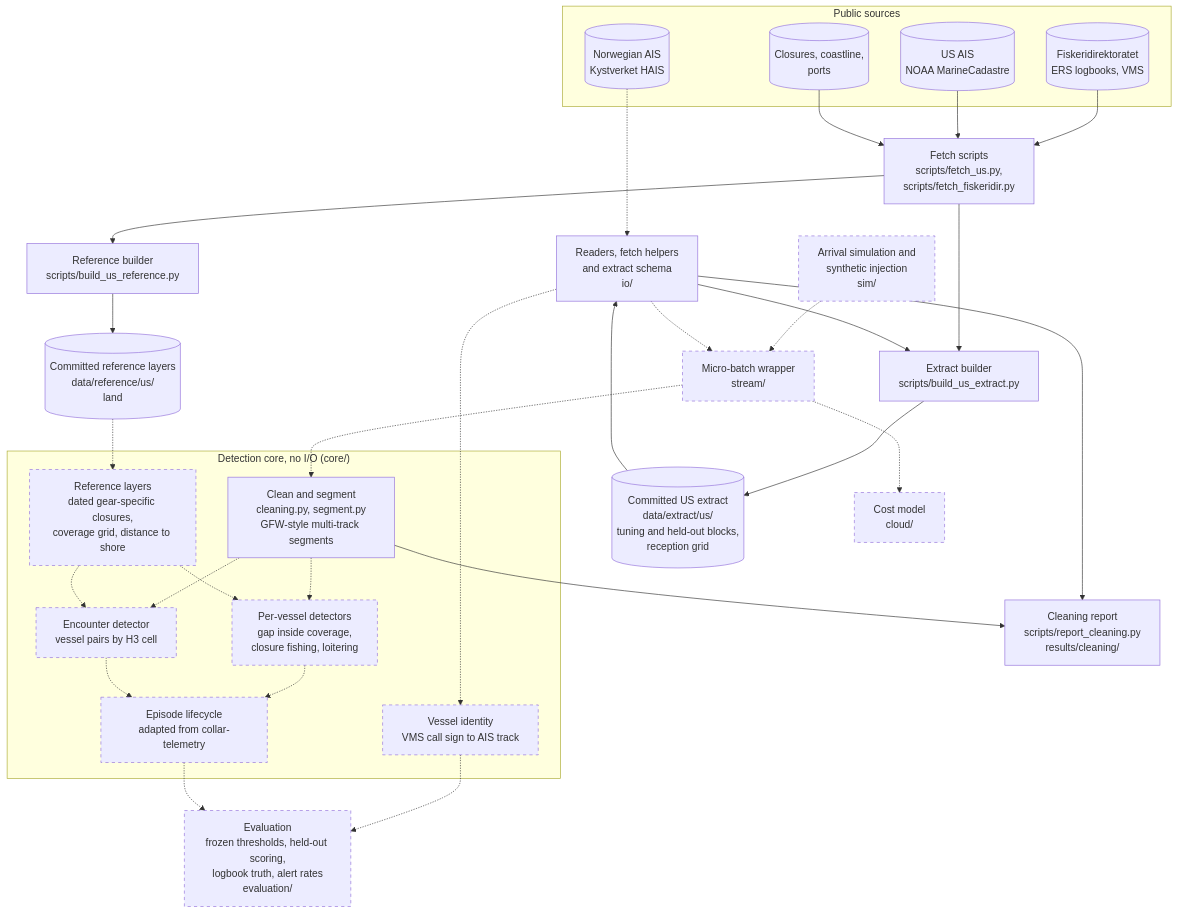
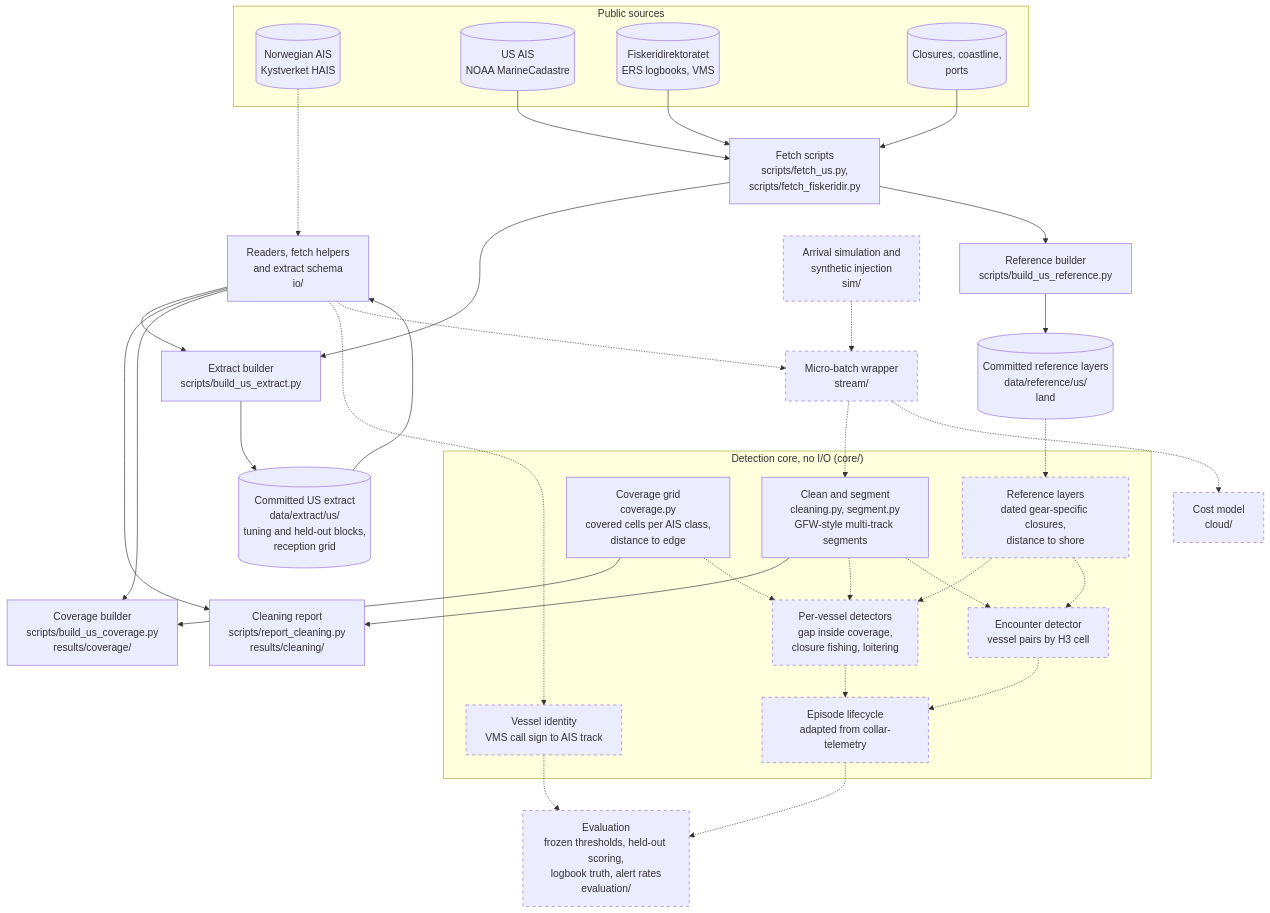
One commit to benmacp123/vessel-anomaly changed the diagram in README.md. Above: the diagram before and after it, drawn with Mermaid. The commit also changed other lines of this file and 70 other files, not shown here.

````diff
--- a/README.md
+++ b/README.md
@@ -31,61 +31,66 @@
 ```mermaid
 flowchart TB
     subgraph sources ["Public sources"]
         hais[("Norwegian AIS<br>Kystverket HAIS")]
         noaa[("US AIS<br>NOAA MarineCadastre")]
         fdir[("Fiskeridirektoratet<br>ERS logbooks, VMS")]
         refs[("Closures, coastline,<br>ports")]
     end
 
     fetch["Fetch scripts<br>scripts/fetch_us.py,<br>scripts/fetch_fiskeridir.py"]
     build["Extract builder<br>scripts/build_us_extract.py"]
     extract[("Committed US extract<br>data/extract/us/<br>tuning and held-out blocks,<br>reception grid")]
     io["Readers, fetch helpers<br>and extract schema<br>io/"]
     refbuild["Reference builder<br>scripts/build_us_reference.py"]
     refdata[("Committed reference layers<br>data/reference/us/<br>land")]
     report["Cleaning report<br>scripts/report_cleaning.py<br>results/cleaning/"]
+    covbuild["Coverage builder<br>scripts/build_us_coverage.py<br>results/coverage/"]
 
     subgraph core ["Detection core, no I/O (core/)"]
         clean["Clean and segment<br>cleaning.py, segment.py<br>GFW-style multi-track segments"]
-        layers["Reference layers<br>dated gear-specific closures,<br>coverage grid, distance to shore"]
+        coverage["Coverage grid<br>coverage.py<br>covered cells per AIS class,<br>distance to edge"]
+        layers["Reference layers<br>dated gear-specific closures,<br>distance to shore"]
         identity["Vessel identity<br>VMS call sign to AIS track"]
         vessel["Per-vessel detectors<br>gap inside coverage,<br>closure fishing, loitering"]
         encounter["Encounter detector<br>vessel pairs by H3 cell"]
         lifecycle["Episode lifecycle<br>adapted from collar-telemetry"]
     end
 
     sim["Arrival simulation and<br>synthetic injection<br>sim/"]
     stream["Micro-batch wrapper<br>stream/"]
     evaluation["Evaluation<br>frozen thresholds, held-out scoring,<br>logbook truth, alert rates<br>evaluation/"]
     cost["Cost model<br>cloud/"]
 
     fdir --> fetch
     noaa --> fetch
     refs --> fetch
     fetch --> build
     build --> extract
     io --> build
     fetch --> refbuild
     refbuild --> refdata
     hais -.-> io
     refdata -.-> layers
     extract --> io
     io --> report
     clean --> report
+    io --> covbuild
+    coverage --> covbuild
+    coverage -.-> vessel
     io -.-> identity
     clean -.-> vessel
     clean -.-> encounter
     layers -.-> vessel
     layers -.-> encounter
     vessel -.-> lifecycle
     encounter -.-> lifecycle
     identity -.-> evaluation
     sim -.-> stream
     stream -.-> clean
     io -.-> stream
     lifecycle -.-> evaluation
     stream -.-> cost
 
     classDef planned stroke-dasharray: 5 5
     class layers,identity,vessel,encounter,lifecycle,sim,stream,evaluation,cost planned
 ```
````
